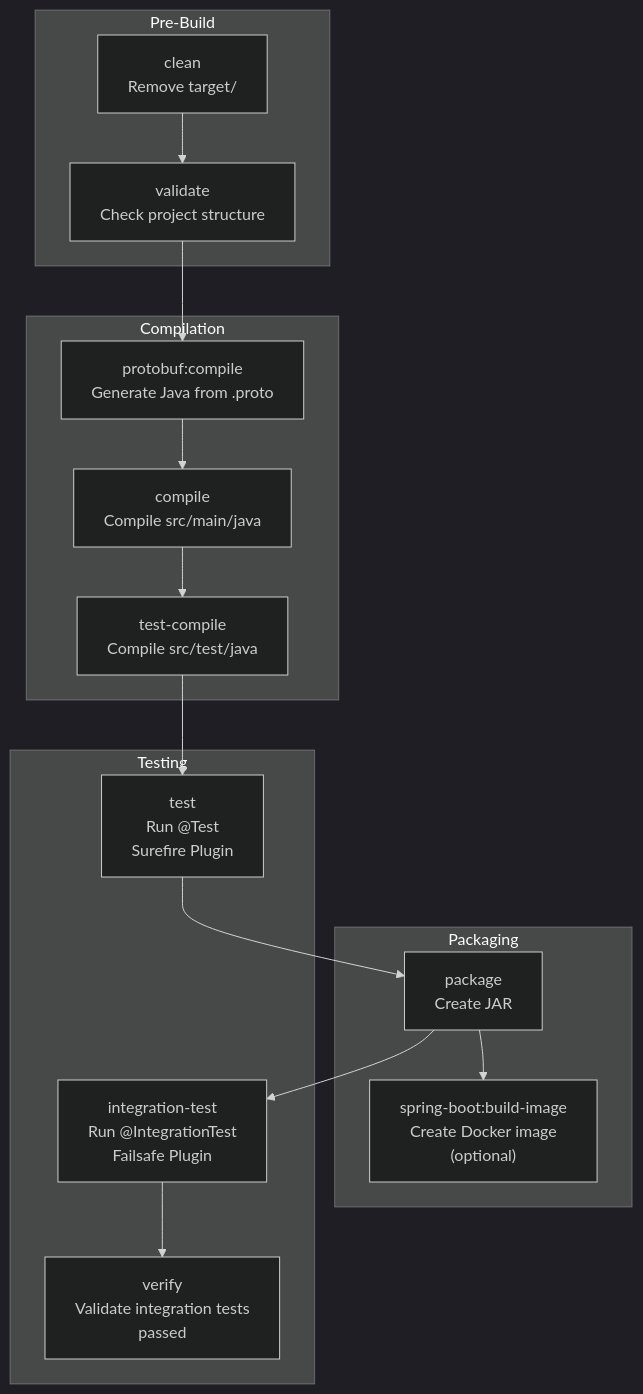
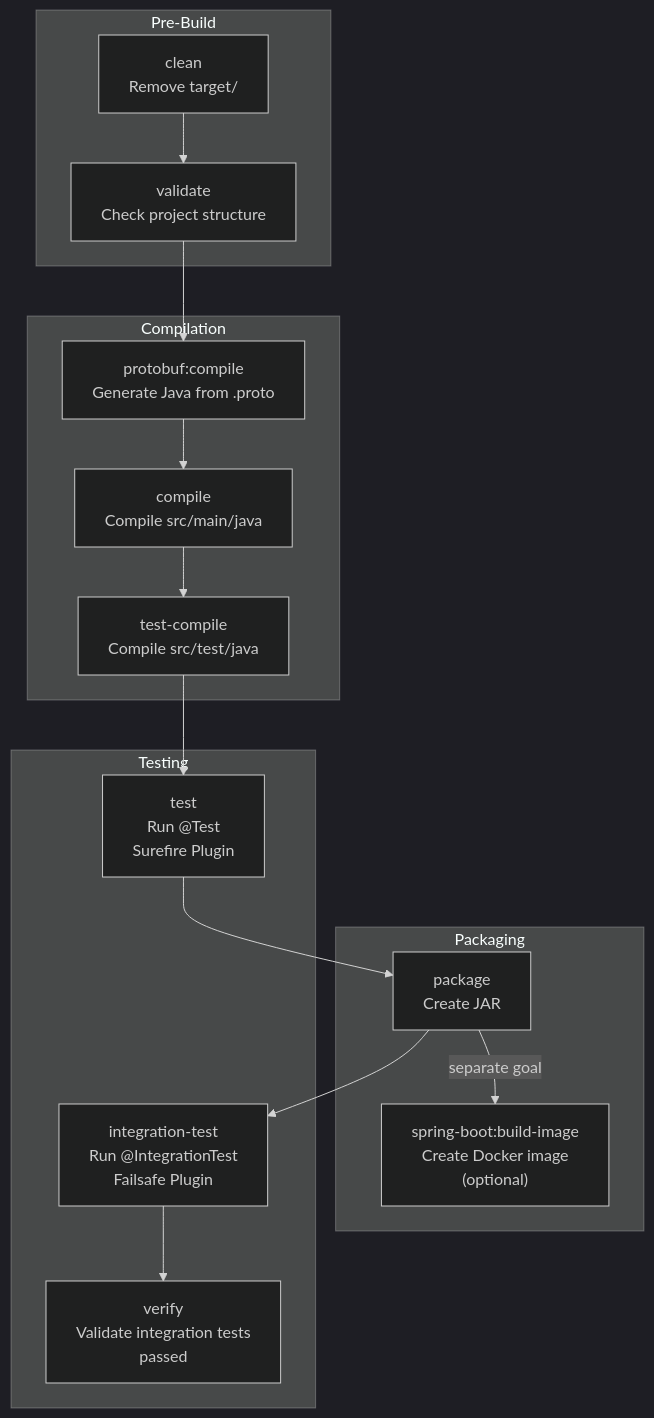
The third of 4 diagrams in docs/deepwiki/Development-Guide.md (philipz/spring-modular-monolith), drawn with Mermaid (dark theme) before and after one commit. The commit also changed other lines of this file and 55 other files, not shown here.

````diff
--- a/docs/deepwiki/Development-Guide.md
+++ b/docs/deepwiki/Development-Guide.md
@@ -246,46 +246,46 @@
 ```mermaid
 flowchart TD
 
 Clean["clean<br>Remove target/"]
 Validate["validate<br>Check project structure"]
 GenerateProto["protobuf:compile<br>Generate Java from .proto"]
 CompileSrc["compile<br>Compile src/main/java"]
 CompileTest["test-compile<br>Compile src/test/java"]
 UnitTest["test<br>Run @Test<br>Surefire Plugin"]
 IntTest["integration-test<br>Run @IntegrationTest<br>Failsafe Plugin"]
 Verify["verify<br>Validate integration tests<br>passed"]
 Package["package<br>Create JAR"]
 BuildImage["spring-boot:build-image<br>Create Docker image<br>(optional)"]
 
 Validate --> GenerateProto
 CompileTest --> UnitTest
 UnitTest --> Package
 Package --> IntTest
 
 subgraph Packaging ["Packaging"]
     Package
     BuildImage
-    Package --> BuildImage
+    Package -->|"separate goal"| BuildImage
 end
 
 subgraph Testing ["Testing"]
     UnitTest
     IntTest
     Verify
     IntTest --> Verify
 end
 
 subgraph Compilation ["Compilation"]
     GenerateProto
     CompileSrc
     CompileTest
     GenerateProto --> CompileSrc
     CompileSrc --> CompileTest
 end
 
 subgraph Pre-Build ["Pre-Build"]
     Clean
     Validate
     Clean --> Validate
 end
 ```
````
